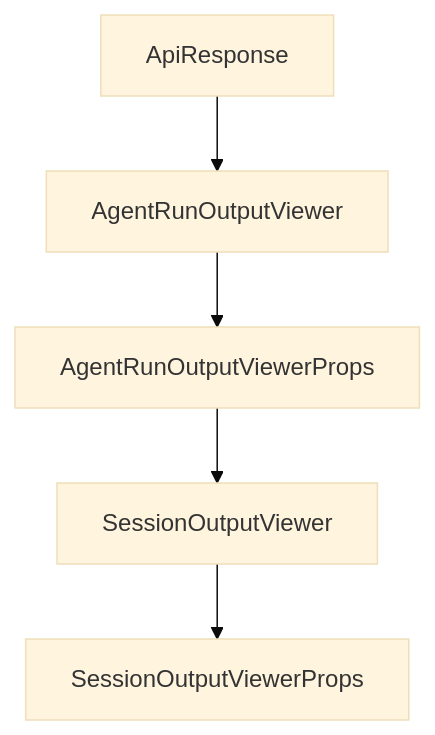
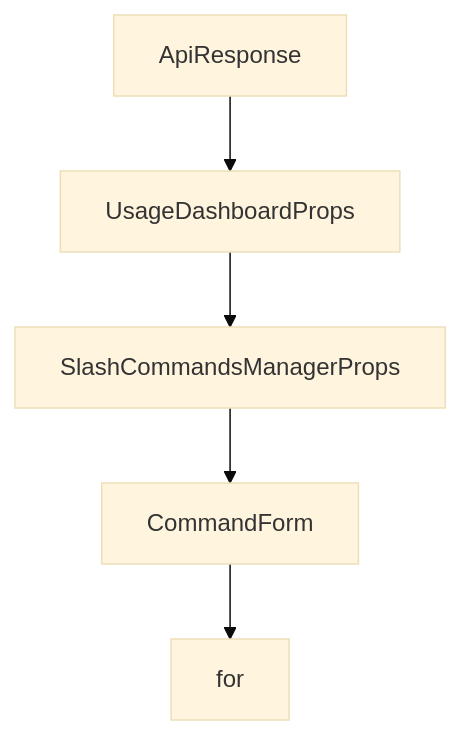
One commit to johnxie/awesome-code-docs changed the diagram in tutorials/opcode-tutorial/06-timeline-checkpoints-and-recovery.md. Above: the diagram before and after it, drawn with Mermaid (base theme). The commit also changed other lines of this file and 1232 other files, not shown here.

````diff
--- a/tutorials/opcode-tutorial/06-timeline-checkpoints-and-recovery.md
+++ b/tutorials/opcode-tutorial/06-timeline-checkpoints-and-recovery.md
@@ -213,12 +211,12 @@
 ```mermaid
 flowchart TD
     A[ApiResponse]
-    B[AgentRunOutputViewer]
-    C[AgentRunOutputViewerProps]
-    D[SessionOutputViewer]
-    E[SessionOutputViewerProps]
+    B[UsageDashboardProps]
+    C[SlashCommandsManagerProps]
+    D[CommandForm]
+    E[for]
     A --> B
     B --> C
     C --> D
     D --> E
 ```
````
